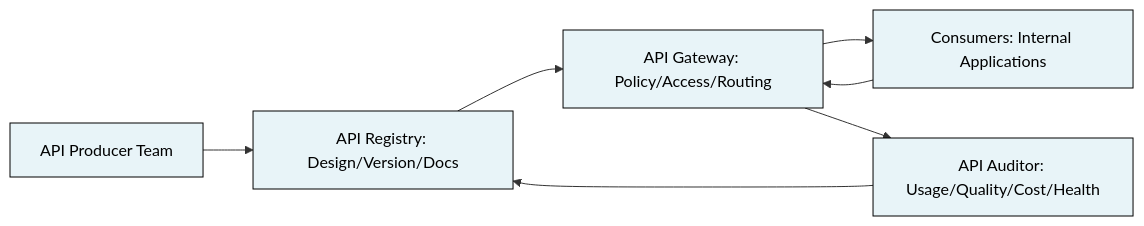
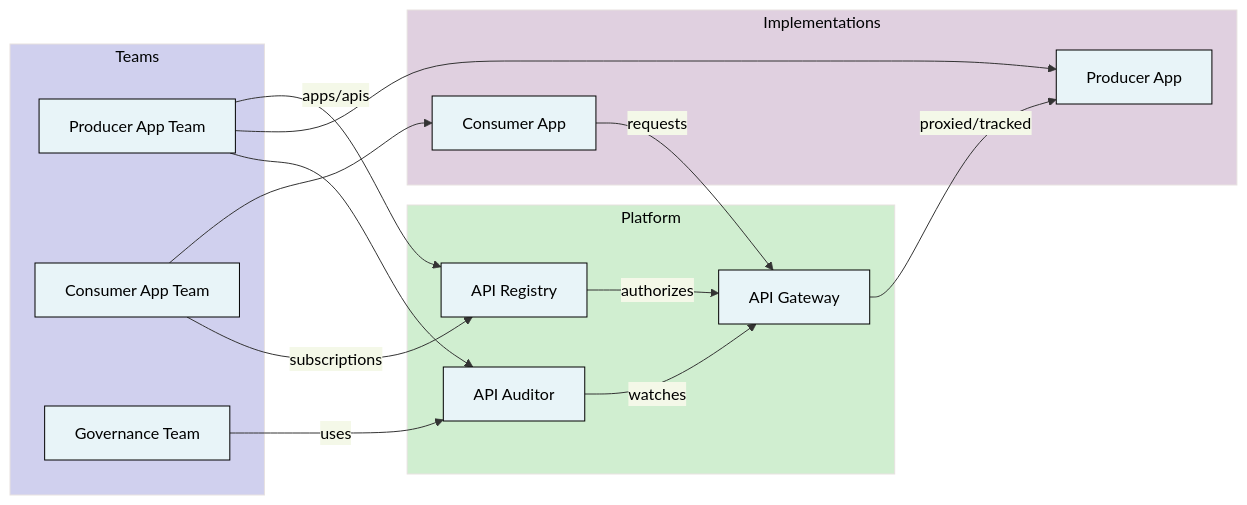
One commit to barbecuesteve/api-governance changed the first of 2 diagrams in README.md. Above: the diagram before and after it, drawn with Mermaid. The commit also changed other lines of this file, not shown here.

Commit message:
diagram swap

```diff
--- a/README.md
+++ b/README.md
@@ -86,10 +87,35 @@
 <pre class="mermaid">
 %%{init: {'theme':'base', 'themeVariables': { 'primaryColor':'#e8f4f8','primaryTextColor':'#000','primaryBorderColor':'#000','lineColor':'#333'}}}%%
 flowchart LR
-A[API Producer Team] --> B[API Registry: Design/Version/Docs]
-B --> C[API Gateway: Policy/Access/Routing]
-C --> D[Consumers: Internal Applications]
-D --> C
-C --> E[API Auditor: Usage/Quality/Cost/Health]
-E --> B
+    subgraph Teams
+        TeamP[Producer App Team]
+        TeamC[Consumer App Team]
+        Admin[Governance Team]
+    end
+
+    subgraph Platform
+        Registry[API Registry]
+        Gateway[API Gateway]
+        Auditor[API Auditor]
+    end
+
+    subgraph Implementations
+        AppC[Consumer App]
+        AppP[Producer App]
+    end
+
+    Registry -->|authorizes| Gateway
+    Gateway -->|proxied/tracked| AppP
+    AppC -->|requests| Gateway
+    TeamP -->|apps/apis| Registry
+    TeamP --> AppP
+    TeamC --> AppC
+    TeamC -->|subscriptions| Registry
+    TeamP --> Auditor
+    Admin -->|uses| Auditor
+    Auditor -->|watches| Gateway
+
+    style Platform fill:#D0EED0
+    style Teams fill:#D0D0EE  
+    style Implementations fill:#E0D0E0
 </pre>
```
